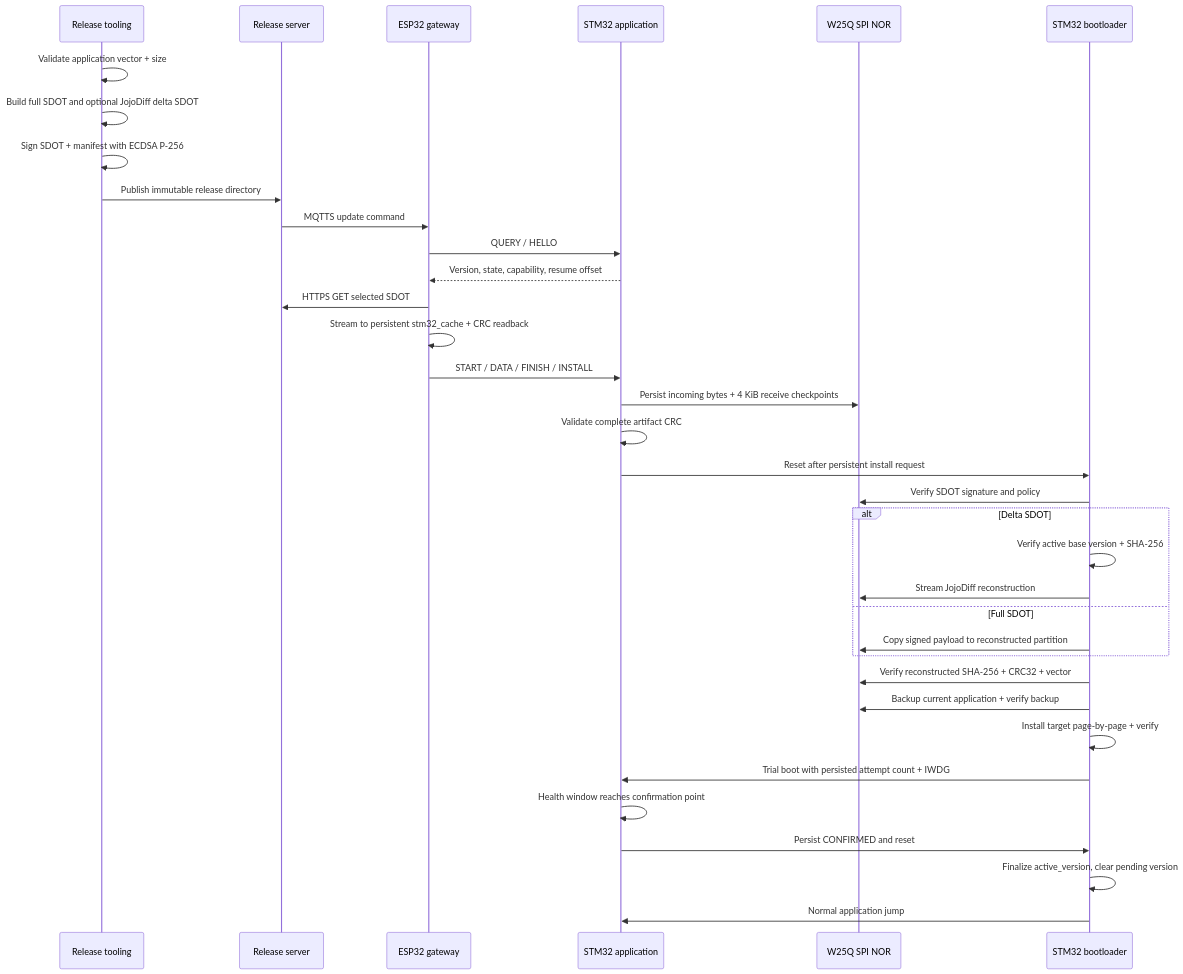
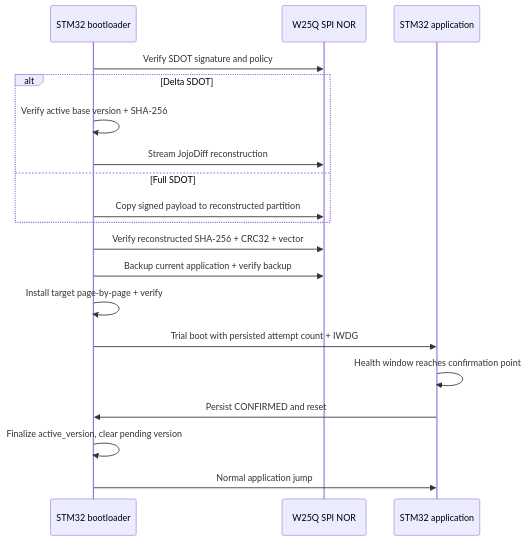
The fifth of 8 diagrams in README.md (haikevins/secure-delta-ota-bootloader), drawn with Mermaid before and after one commit. The commit also changed other lines of this file and 8 other files, not shown here.

````diff
--- a/README.md
+++ b/README.md
@@ -110,38 +162,22 @@
 ```mermaid
 sequenceDiagram
-    participant CI as Release tooling
-    participant S as Release server
-    participant G as ESP32 gateway
+    participant B as STM32 bootloader
+    participant F as W25Q SPI NOR
     participant A as STM32 application
-    participant F as W25Q SPI NOR
-    participant B as STM32 bootloader
 
-    CI->>CI: Validate application vector + size
-    CI->>CI: Build full SDOT and optional JojoDiff delta SDOT
-    CI->>CI: Sign SDOT + manifest with ECDSA P-256
-    CI->>S: Publish immutable release directory
-    S->>G: MQTTS update command
-    G->>A: QUERY / HELLO
-    A-->>G: Version, state, capability, resume offset
-    G->>S: HTTPS GET selected SDOT
-    G->>G: Stream to persistent stm32_cache + CRC readback
-    G->>A: START / DATA / FINISH / INSTALL
-    A->>F: Persist incoming bytes + 4 KiB receive checkpoints
-    A->>A: Validate complete artifact CRC
-    A->>B: Reset after persistent install request
     B->>F: Verify SDOT signature and policy
     alt Delta SDOT
         B->>B: Verify active base version + SHA-256
         B->>F: Stream JojoDiff reconstruction
     else Full SDOT
         B->>F: Copy signed payload to reconstructed partition
     end
     B->>F: Verify reconstructed SHA-256 + CRC32 + vector
     B->>F: Backup current application + verify backup
     B->>B: Install target page-by-page + verify
     B->>A: Trial boot with persisted attempt count + IWDG
     A->>A: Health window reaches confirmation point
     A->>B: Persist CONFIRMED and reset
     B->>B: Finalize active_version, clear pending version
     B->>A: Normal application jump
 ```
````
